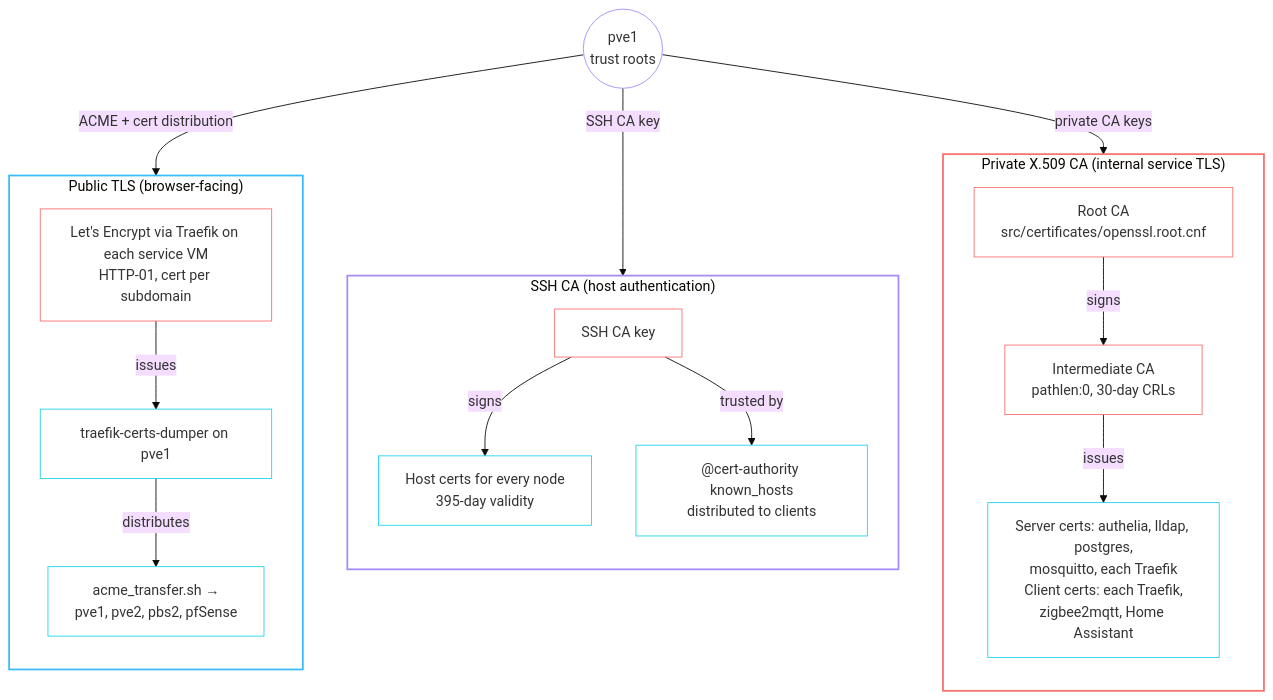
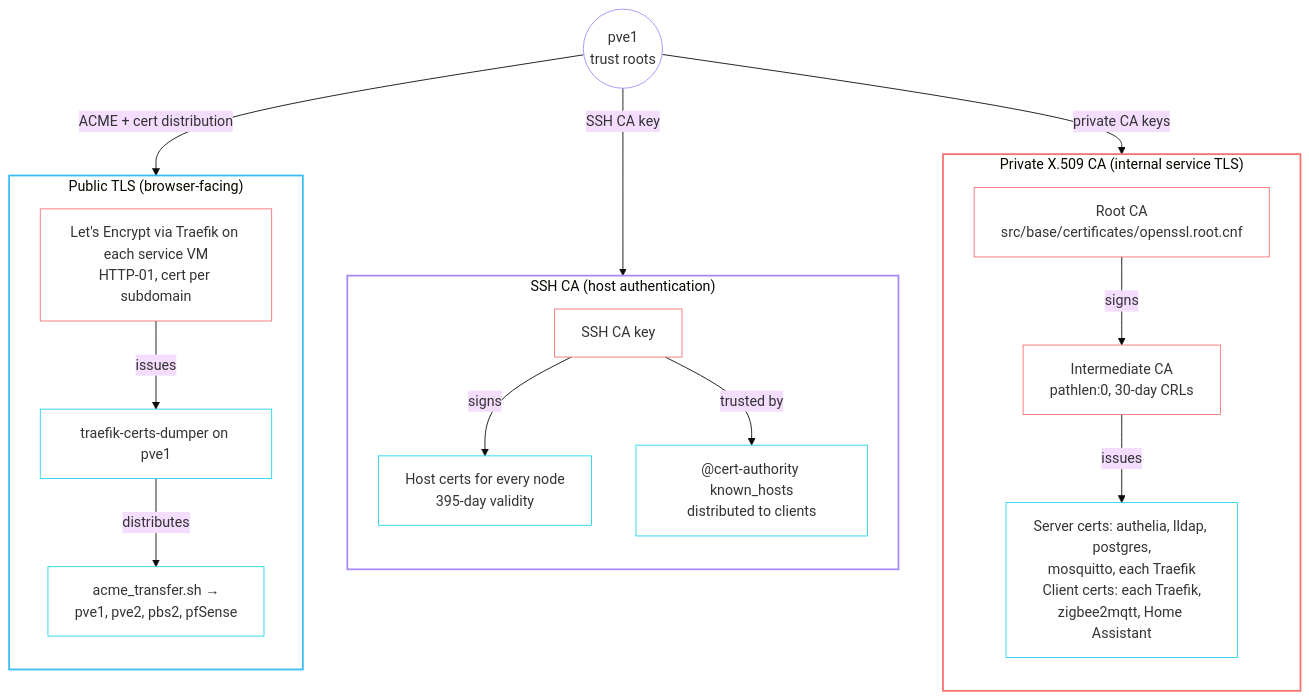
Before and after one commit to babraham123/homelab: the second of 2 diagrams in rendered/docs/security.md, drawn with Mermaid (base theme). The commit also changed other lines of this file and 539 other files, not shown here.

````diff
--- a/rendered/docs/security.md
+++ b/rendered/docs/security.md
@@ -111,43 +111,43 @@
 ```mermaid
 flowchart TB
     pve1(("pve1<br/>trust roots"))
 
     subgraph x509["Private X.509 CA (internal service TLS)"]
         direction TB
-        root["Root CA<br/>src/certificates/openssl.root.cnf"]
+        root["Root CA<br/>src/base/certificates/openssl.root.cnf"]
         inter["Intermediate CA<br/>pathlen:0, 30-day CRLs"]
         svc["Server certs: authelia, lldap, postgres,<br/>mosquitto, each Traefik<br/>Client certs: each Traefik,<br/>zigbee2mqtt, Home Assistant"]
         root -- "signs" --> inter -- "issues" --> svc
     end
 
     subgraph ssh["SSH CA (host authentication)"]
         direction TB
         sshca["SSH CA key"]
         hosts["Host certs for every node<br/>395-day validity"]
         known["@cert-authority known_hosts<br/>distributed to clients"]
         sshca -- "signs" --> hosts
         sshca -- "trusted by" --> known
     end
 
     subgraph public["Public TLS (browser-facing)"]
         direction TB
         le["Let's Encrypt via Traefik on each service VM<br/>HTTP-01, cert per subdomain"]
         dumper["traefik-certs-dumper on pve1"]
         xfer["acme_transfer.sh →<br/>pve1, pve2, pbs2, pfSense"]
         le -- "issues" --> dumper -- "distributes" --> xfer
     end
 
     pve1 -- "private CA keys" --> root
     pve1 -- "SSH CA key" --> sshca
     pve1 -- "ACME + cert distribution" --> le
 
     style x509 stroke:#f87171,stroke-width:2px,fill:transparent
     style ssh stroke:#a78bfa,stroke-width:2px,fill:transparent
     style public stroke:#38bdf8,stroke-width:2px,fill:transparent
     classDef ca stroke:#f87171,fill:transparent
     classDef dist stroke:#22d3ee,fill:transparent
     class root,inter,sshca,le ca
     class svc,hosts,known,dumper,xfer dist
     class pve1 host
     classDef host stroke:#a78bfa,fill:transparent
 ```
````
